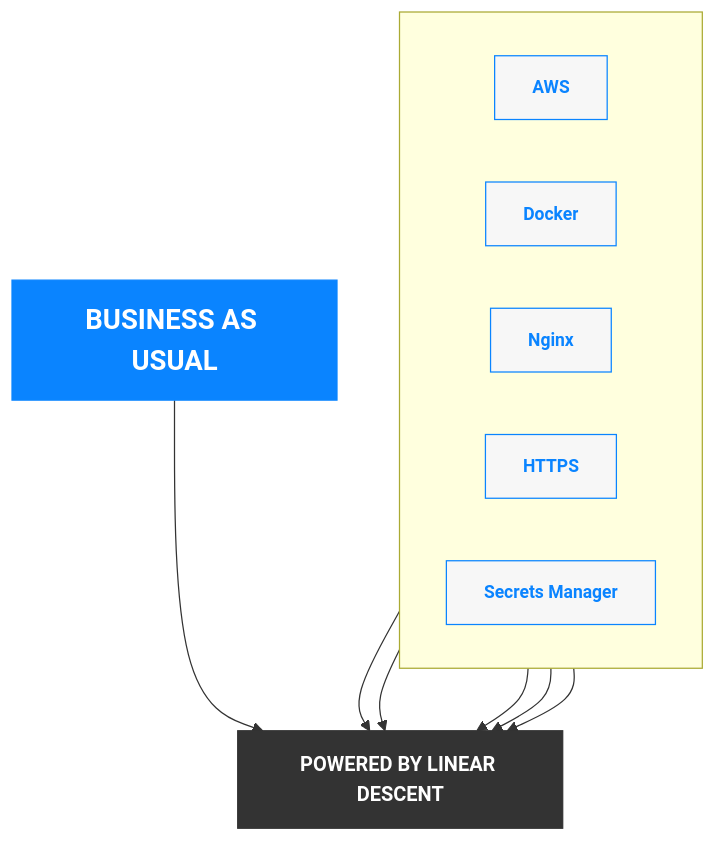
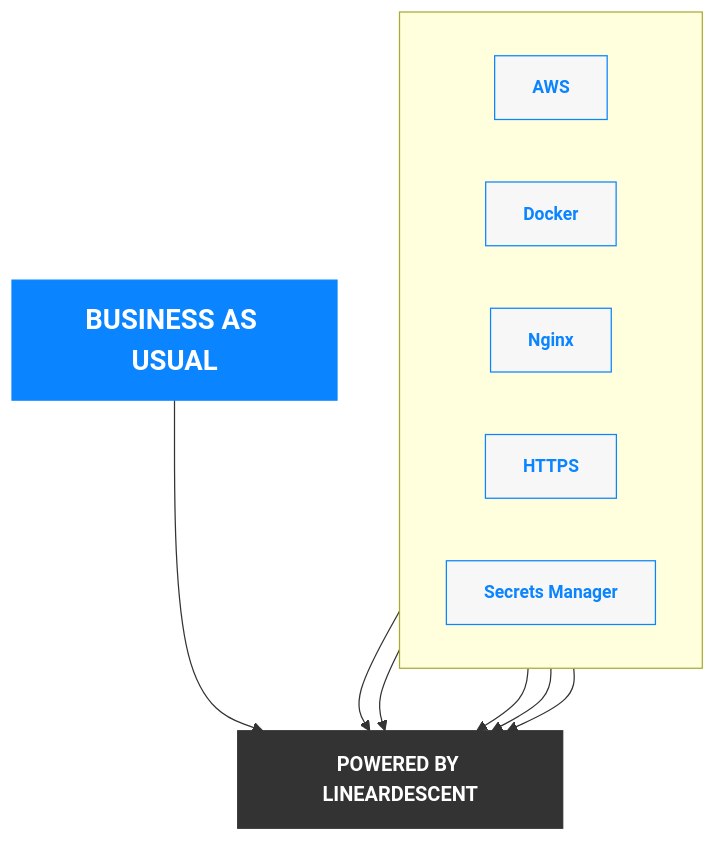
The first of 5 diagrams in docs/AWSDEPLOYMENT.md (cruckman900/BusinessAsUsual), drawn with Mermaid before and after one commit.

Commit message:
removed space

````diff
--- a/docs/AWSDEPLOYMENT.md
+++ b/docs/AWSDEPLOYMENT.md
@@ -3,30 +3,30 @@
 ```mermaid
 flowchart TB
     %% ====== STYLES ======
     classDef title fill:#0a84ff,stroke:#0a84ff,color:white,font-size:22px,font-weight:bold;
     classDef subtitle fill:#333,stroke:#333,color:white,font-size:16px,font-weight:bold;
     classDef tech fill:#f7f7f7,stroke:#0a84ff,color:#0a84ff,font-size:14px,font-weight:bold;
 
     %% ====== TOP ROW ======
     A["BUSINESS AS USUAL"]:::title
-    B["POWERED BY LINEAR DESCENT"]:::subtitle
+    B["POWERED BY LINEARDESCENT"]:::subtitle
 
     A --> B
 
     %% ====== TECH STACK ROW (HORIZONTAL) ======
     subgraph STACK[" "]
         direction LR
         C1["AWS"]:::tech
         C2["Docker"]:::tech
         C3["Nginx"]:::tech
         C4["HTTPS"]:::tech
         C5["Secrets Manager"]:::tech
     end
 
     %% ====== BRANCHES FLOWING UP TO 'POWERED BY' ======
     C1 --> B
     C2 --> B
     C3 --> B
     C4 --> B
     C5 --> B
 ```
````
